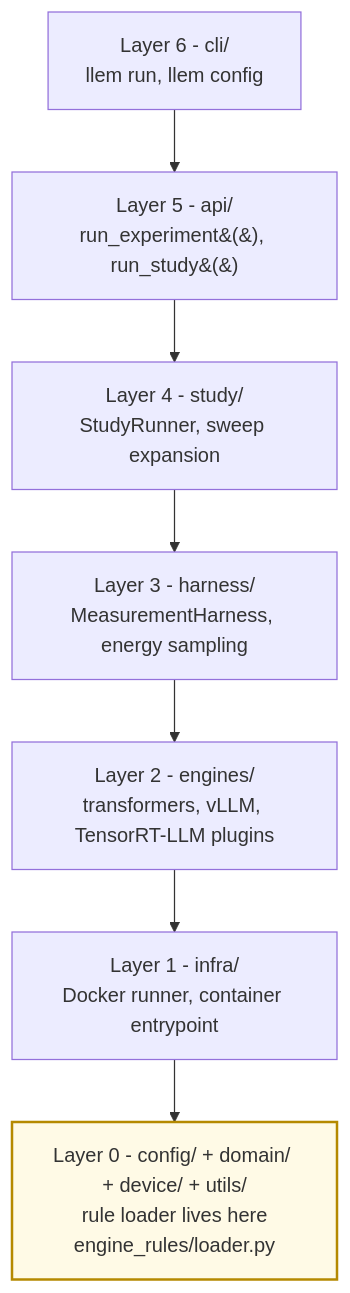
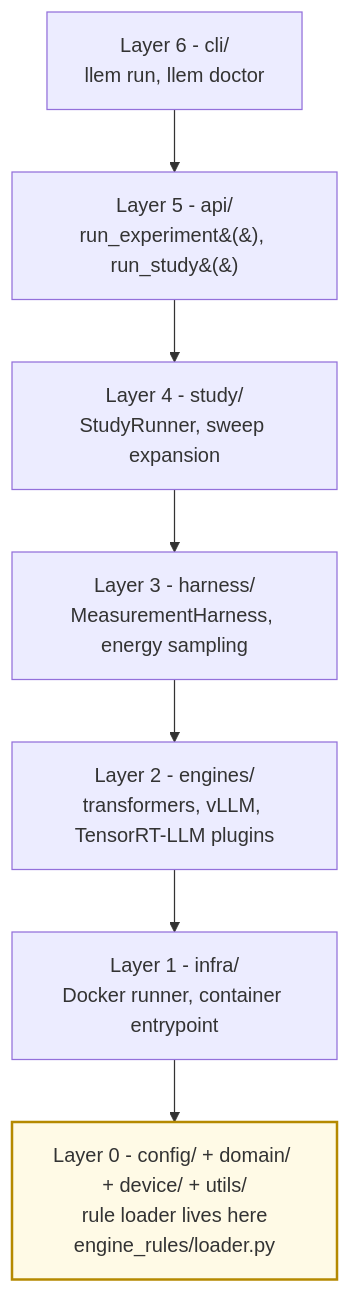
One commit to henrycgbaker/LLenergyMeasure changed the second of 2 diagrams in docs/explanation/architecture/architecture-overview.md. Above: the diagram before and after it, drawn with Mermaid. The commit also changed 31 other files, not shown here.

First line of the commit message:
feat(cli): broaden doctor health check and remove llem config (#834)

````diff
--- a/docs/explanation/architecture/architecture-overview.md
+++ b/docs/explanation/architecture/architecture-overview.md
@@ -90,15 +90,15 @@
 ```mermaid
 flowchart TD
-    L6["Layer 6 - cli/<br/>llem run, llem config"]
+    L6["Layer 6 - cli/<br/>llem run, llem doctor"]
     L5["Layer 5 - api/<br/>run_experiment&#40;&#41;, run_study&#40;&#41;"]
     L4["Layer 4 - study/<br/>StudyRunner, sweep expansion"]
     L3["Layer 3 - harness/<br/>MeasurementHarness, energy sampling"]
     L2["Layer 2 - engines/<br/>transformers, vLLM, TensorRT-LLM plugins"]
     L1["Layer 1 - infra/<br/>Docker runner, container entrypoint"]
     L0["Layer 0 - config/ + domain/ + device/ + utils/<br/>rule loader lives here<br/>engine_rules/loader.py"]
 
     L6 --> L5 --> L4 --> L3 --> L2 --> L1 --> L0
 
     classDef target fill:#fffae6,stroke:#b58900,stroke-width:2px;
     class L0 target;
 ```
````
